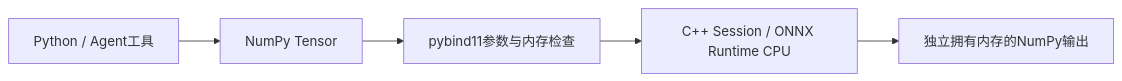
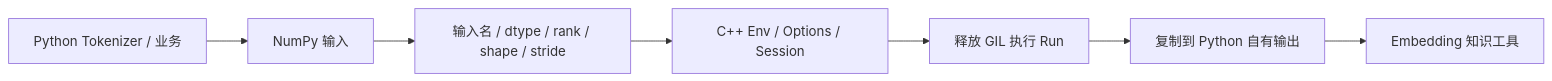
The diagram in inference_sdk/README.md (KristenYue/edge-device-verification-lab), drawn with Mermaid before and after one commit. The commit also changed other lines of this file and 4 other files, not shown here.

Commit message:
docs: present engineering architecture and verified project evidence

````diff
--- a/inference_sdk/README.md
+++ b/inference_sdk/README.md
@@ -5,7 +11,9 @@
 ```mermaid
 flowchart LR
-  A[Python / Agent工具] --> B[NumPy Tensor]
-  B --> C[pybind11参数与内存检查]
-  C --> D[C++ Session / ONNX Runtime CPU]
-  D --> E[独立拥有内存的NumPy输出]
+    P[Python Tokenizer / 业务] --> N[NumPy 输入]
+    N --> V[输入名 / dtype / rank / shape / stride]
+    V --> S[C++ Env / Options / Session]
+    S --> R[释放 GIL 执行 Run]
+    R --> O[复制到 Python 自有输出]
+    O --> K[Embedding 知识工具]
 ```
````
